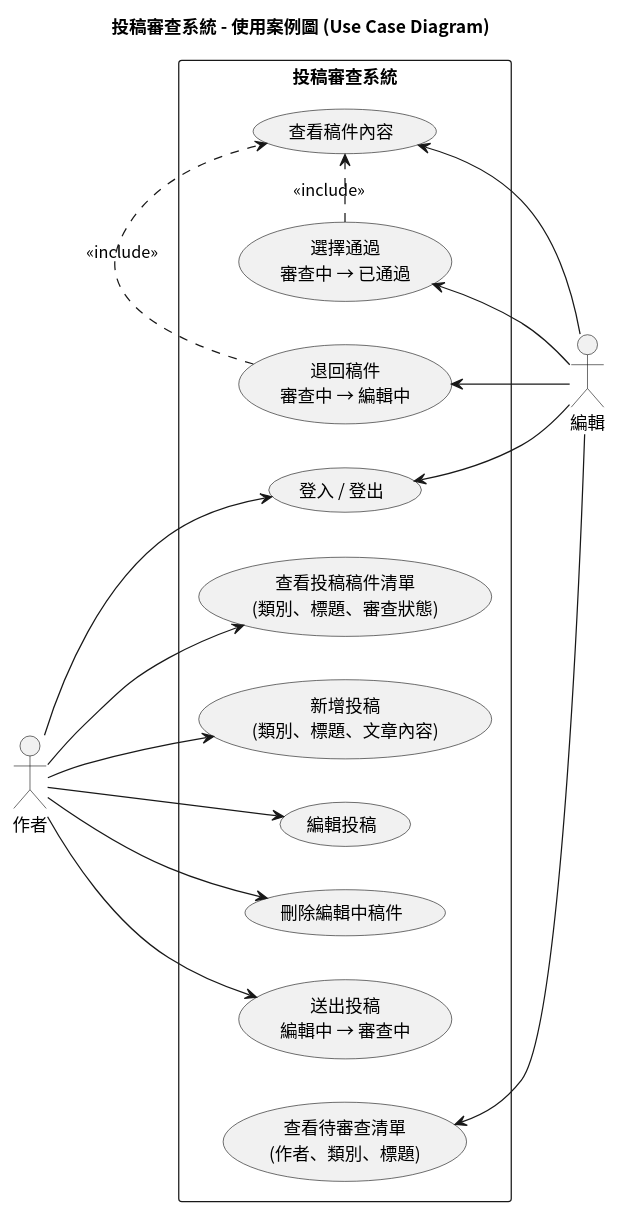
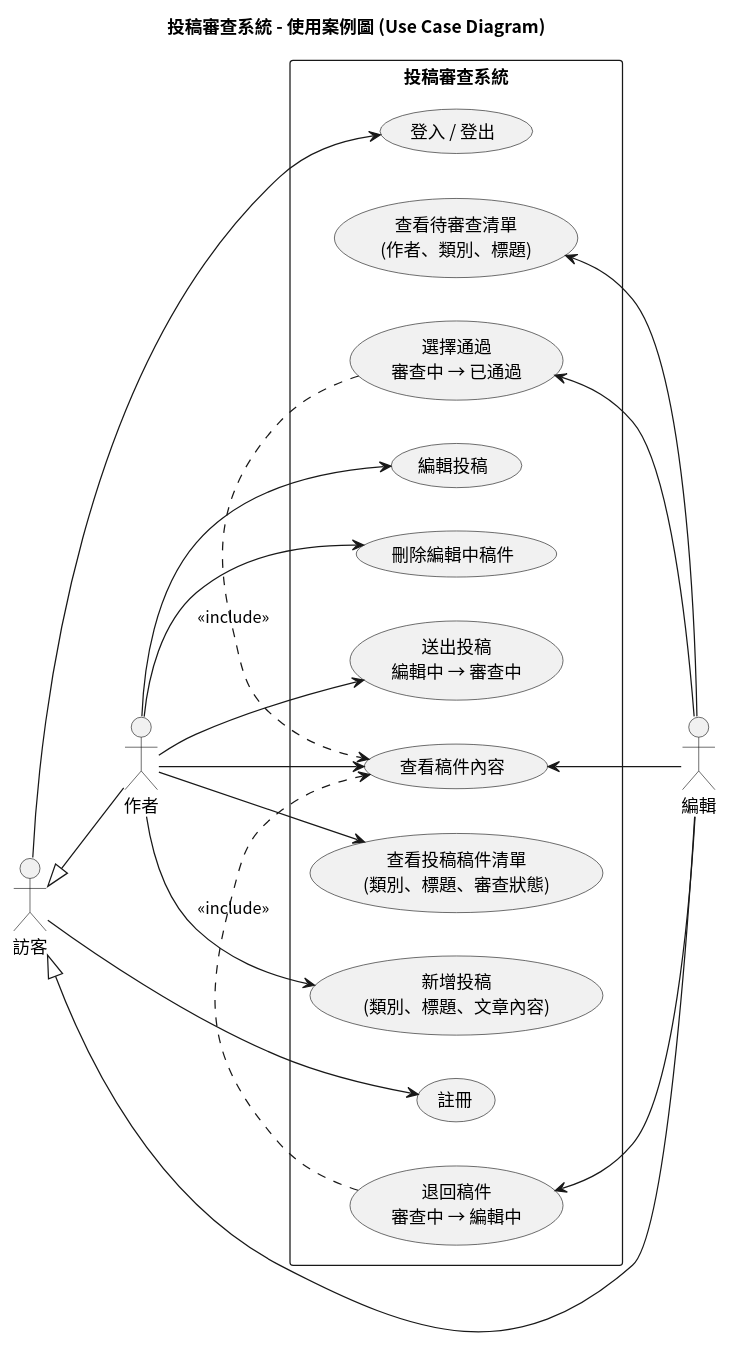
One commit to 617-lyx/1151se_mid changed the diagram in docs/uml/01_use_case.puml. Above: the diagram before and after it, drawn with PlantUML. The commit also changed 45 other files, not shown here.

Commit message:
依課堂範例改寫：Python FastAPI + Jinja2 + PostgreSQL，更新 UML 圖

```diff
--- a/docs/uml/01_use_case.puml
+++ b/docs/uml/01_use_case.puml
@@ -1,34 +1,39 @@
 @startuml 01_use_case
 skinparam defaultFontName "Noto Sans CJK TC"
 skinparam shadowing false
 skinparam backgroundColor white
 left to right direction
 title 投稿審查系統 - 使用案例圖 (Use Case Diagram)
+actor "訪客" as Guest
 actor "作者" as Author
 actor "編輯" as Editor
 rectangle "投稿審查系統" {
-  usecase "登入 / 登出" as UC0
+  usecase "註冊" as R
+  usecase "登入 / 登出" as L
   usecase "查看投稿稿件清單\n(類別、標題、審查狀態)" as UC1
   usecase "新增投稿\n(類別、標題、文章內容)" as UC2
   usecase "編輯投稿" as UC3
   usecase "刪除編輯中稿件" as UC4
   usecase "送出投稿\n編輯中 → 審查中" as UC5
+  usecase "查看稿件內容" as UC7
   usecase "查看待審查清單\n(作者、類別、標題)" as UC6
-  usecase "查看稿件內容" as UC7
   usecase "選擇通過\n審查中 → 已通過" as UC8
   usecase "退回稿件\n審查中 → 編輯中" as UC9
 }
-Author --> UC0
+Guest --> R
+Guest --> L
 Author --> UC1
 Author --> UC2
 Author --> UC3
 Author --> UC4
 Author --> UC5
-UC0 <-- Editor
+Author --> UC7
+UC7 <-- Editor
 UC6 <-- Editor
-UC7 <-- Editor
 UC8 <-- Editor
 UC9 <-- Editor
+Author -up-|> Guest
+Editor -up-|> Guest
 UC8 .> UC7 : <<include>>
 UC9 .> UC7 : <<include>>
 @enduml
```
